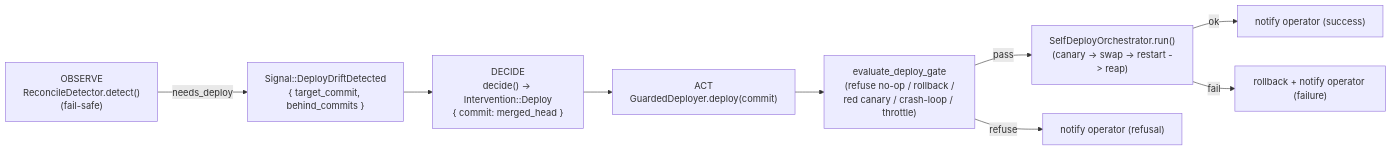
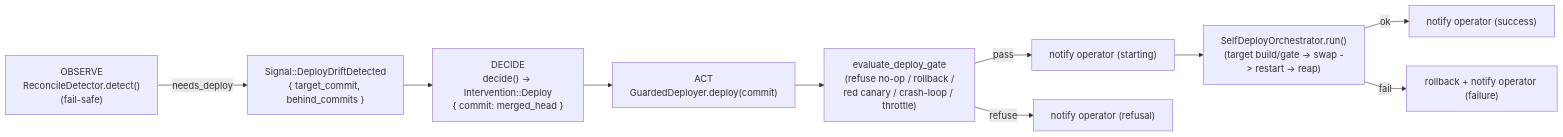
The second of 2 diagrams in docs/concepts/reconcile-and-self-deploy.md (rysweet/Simard), drawn with Mermaid before and after one commit. The commit also changed other lines of this file and 5 other files, not shown here.

First line of the commit message:
fix(overseer): canary target commits and notify before self-deploy

````diff
--- a/docs/concepts/reconcile-and-self-deploy.md
+++ b/docs/concepts/reconcile-and-self-deploy.md
@@ -250,11 +250,12 @@
 ```mermaid
 flowchart LR
     O["OBSERVE\nReconcileDetector.detect()\n(fail-safe)"] -->|needs_deploy| S["Signal::DeployDriftDetected\n{ target_commit, behind_commits }"]
     S --> D["DECIDE\ndecide() -> Intervention::Deploy\n{ commit: merged_head }"]
     D --> A["ACT\nGuardedDeployer.deploy(commit)"]
     A --> G["evaluate_deploy_gate\n(refuse no-op / rollback /\nred canary / crash-loop / throttle)"]
-    G -->|pass| X["SelfDeployOrchestrator.run()\n(canary -> swap -> restart -> reap)"]
+    G -->|pass| N0["notify operator (starting)"]
+    N0 --> X["SelfDeployOrchestrator.run()\n(target build/gate -> swap -> restart -> reap)"]
     G -->|refuse| N1["notify operator (refusal)"]
     X -->|ok| N2["notify operator (success)"]
     X -->|fail| RB["rollback + notify operator (failure)"]
 ```
````
